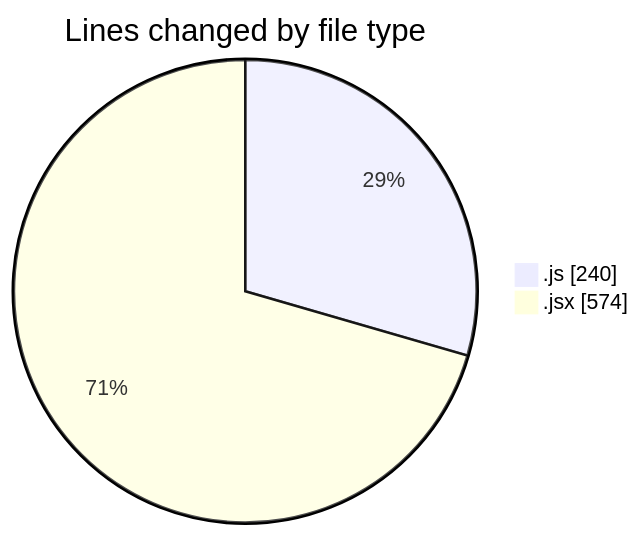
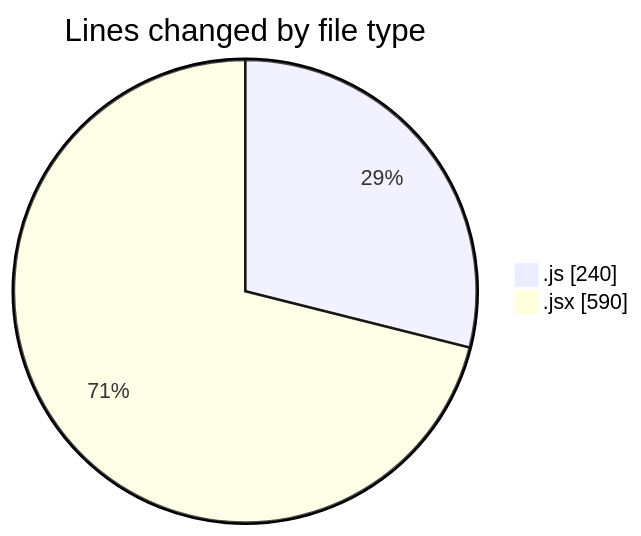
Before and after one commit to nxtqubesakshisongat/code-tracking: the first of 2 diagrams in 2026-01-19/nxtqube_webapp/README.md, drawn with Mermaid. The commit also changed other lines of this file and 1 other file, not shown here.

````diff
--- a/2026-01-19/nxtqube_webapp/README.md
+++ b/2026-01-19/nxtqube_webapp/README.md
@@ -25,6 +25,6 @@
 ```mermaid
 pie showData
 title Lines changed by file type
 ".js" : 240
-".jsx" : 574
+".jsx" : 590
 ```
````
